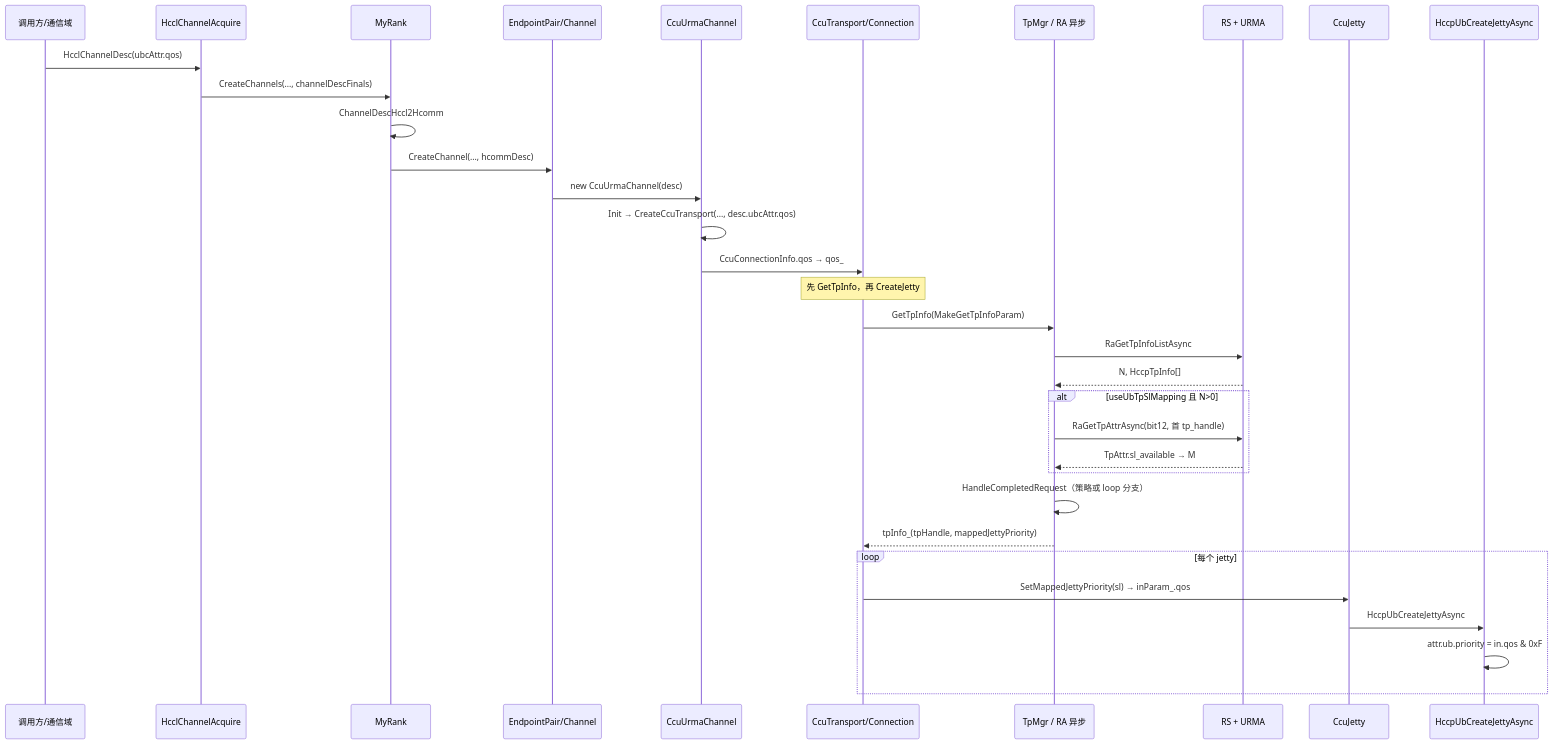
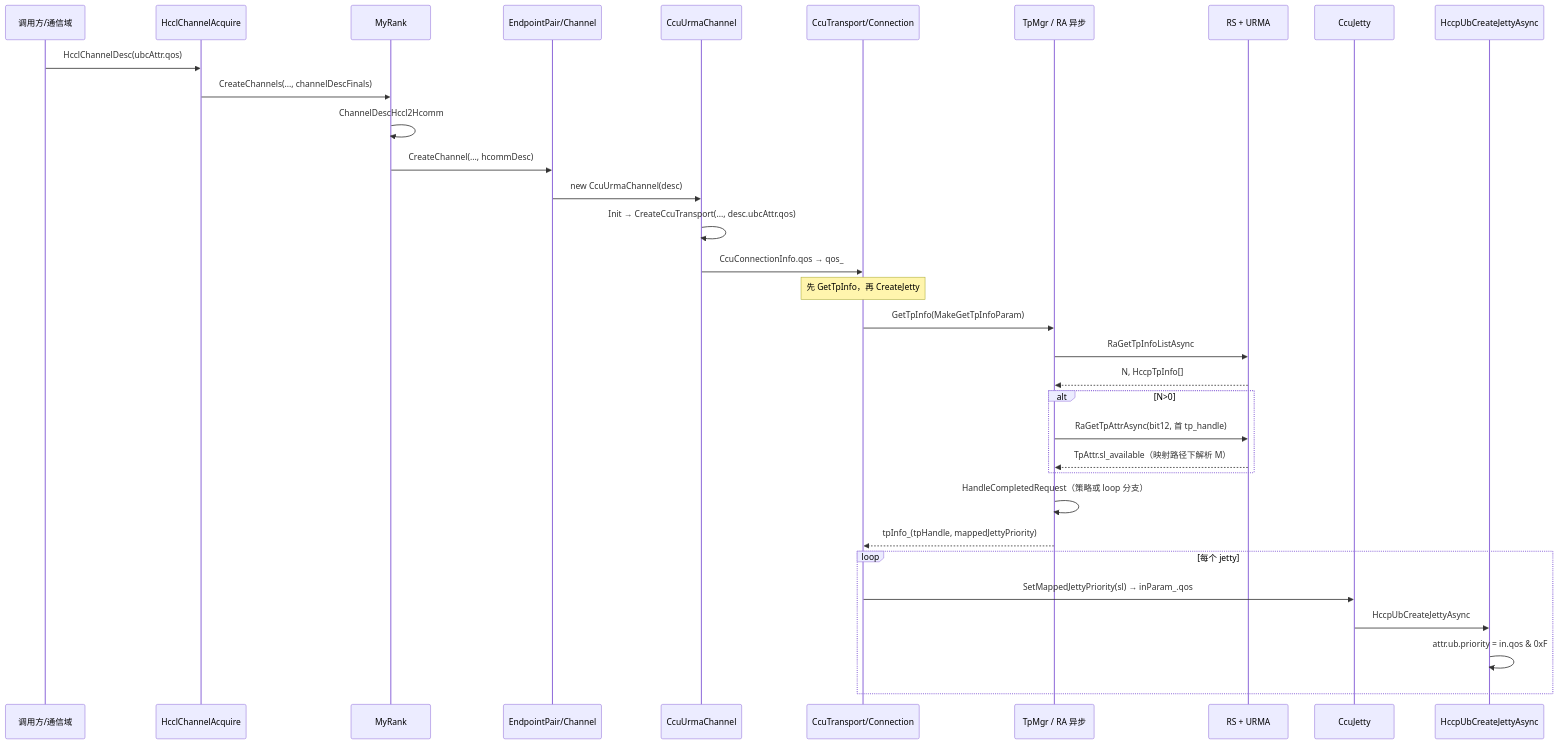
One commit to libochao-huawei/hcomm changed the second of 2 diagrams in docs/ccu_ubc_qos_to_jetty_priority_flow.md. Above: the diagram before and after it, drawn with Mermaid. The commit also changed other lines of this file and 10 other files, not shown here.

````diff
--- a/docs/ccu_ubc_qos_to_jetty_priority_flow.md
+++ b/docs/ccu_ubc_qos_to_jetty_priority_flow.md
@@ -226,36 +225,36 @@
 ```mermaid
 sequenceDiagram
     participant User as 调用方/通信域
     participant Acquire as HcclChannelAcquire
     participant MR as MyRank
     participant EP as EndpointPair/Channel
     participant Ch as CcuUrmaChannel
     participant T as CcuTransport/Connection
     participant TM as TpMgr / RA 异步
     participant RS as RS + URMA
     participant J as CcuJetty
     participant H as HccpUbCreateJettyAsync
 
     User->>Acquire: HcclChannelDesc(ubcAttr.qos)
     Acquire->>MR: CreateChannels(..., channelDescFinals)
     MR->>MR: ChannelDescHccl2Hcomm
     MR->>EP: CreateChannel(..., hcommDesc)
     EP->>Ch: new CcuUrmaChannel(desc)
     Ch->>Ch: Init → CreateCcuTransport(..., desc.ubcAttr.qos)
     Ch->>T: CcuConnectionInfo.qos → qos_
     Note over T: 先 GetTpInfo，再 CreateJetty
     T->>TM: GetTpInfo(MakeGetTpInfoParam)
     TM->>RS: RaGetTpInfoListAsync
     RS-->>TM: N, HccpTpInfo[]
-    alt useUbTpSlMapping 且 N>0
+    alt N>0
         TM->>RS: RaGetTpAttrAsync(bit12, 首 tp_handle)
-        RS-->>TM: TpAttr.sl_available → M
+        RS-->>TM: TpAttr.sl_available（映射路径下解析 M）
     end
     TM->>TM: HandleCompletedRequest（策略或 loop 分支）
     TM-->>T: tpInfo_(tpHandle, mappedJettyPriority)
     loop 每个 jetty
         T->>J: SetMappedJettyPriority(sl) → inParam_.qos
         J->>H: HccpUbCreateJettyAsync
         H->>H: attr.ub.priority = in.qos & 0xF
     end
 ```
````
